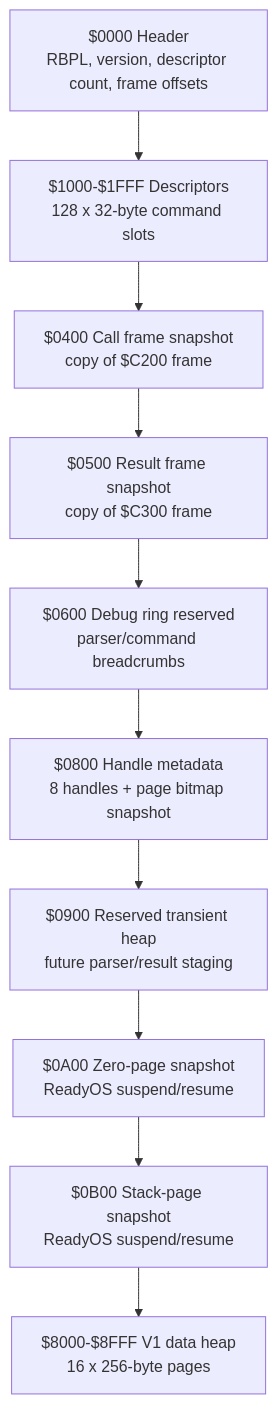
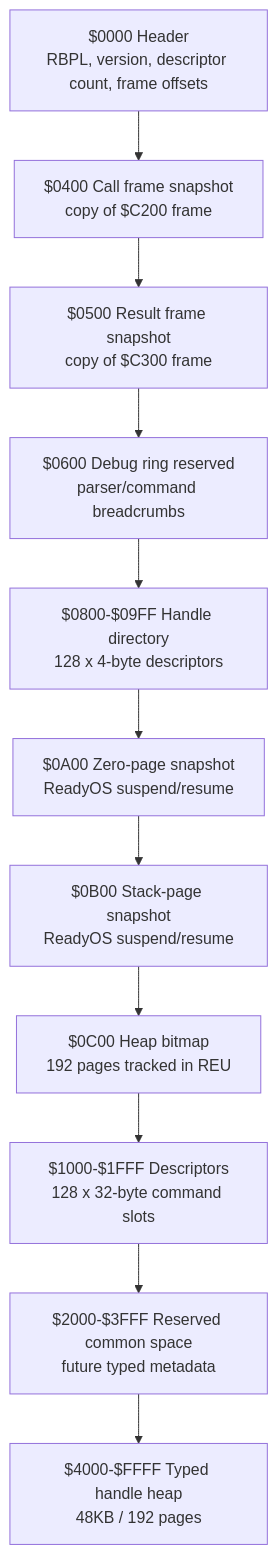
The second of 8 diagrams in src/apps/readybasic/READYBASIC_LIFECYCLE_AND_REU_ARCHITECTURE.md (123Onetwothree123/6502), drawn with Mermaid before and after one commit. The commit also changed other lines of this file and 13 other files, not shown here.

Commit message:
Expand ReadyBASIC REU handles

````diff
--- a/src/apps/readybasic/READYBASIC_LIFECYCLE_AND_REU_ARCHITECTURE.md
+++ b/src/apps/readybasic/READYBASIC_LIFECYCLE_AND_REU_ARCHITECTURE.md
@@ -152,15 +152,16 @@
 ```mermaid
 flowchart TB
   H["$0000 Header<br/>RBPL, version, descriptor count, frame offsets"]
   D["$1000-$1FFF Descriptors<br/>128 x 32-byte command slots"]
   C["$0400 Call frame snapshot<br/>copy of $C200 frame"]
   R["$0500 Result frame snapshot<br/>copy of $C300 frame"]
   DBG["$0600 Debug ring reserved<br/>parser/command breadcrumbs"]
-  HM["$0800 Handle metadata<br/>8 handles + page bitmap snapshot"]
-  HP["$0900 Reserved transient heap<br/>future parser/result staging"]
+  HM["$0800-$09FF Handle directory<br/>128 x 4-byte descriptors"]
   ZP["$0A00 Zero-page snapshot<br/>ReadyOS suspend/resume"]
   ST["$0B00 Stack-page snapshot<br/>ReadyOS suspend/resume"]
-  DATA["$8000-$8FFF V1 data heap<br/>16 x 256-byte pages"]
+  BM["$0C00 Heap bitmap<br/>192 pages tracked in REU"]
+  RS["$2000-$3FFF Reserved common space<br/>future typed metadata"]
+  DATA["$4000-$FFFF Typed handle heap<br/>48KB / 192 pages"]
 
-  H --> D --> C --> R --> DBG --> HM --> HP --> ZP --> ST --> DATA
+  H --> C --> R --> DBG --> HM --> ZP --> ST --> BM --> D --> RS --> DATA
 ```
````
